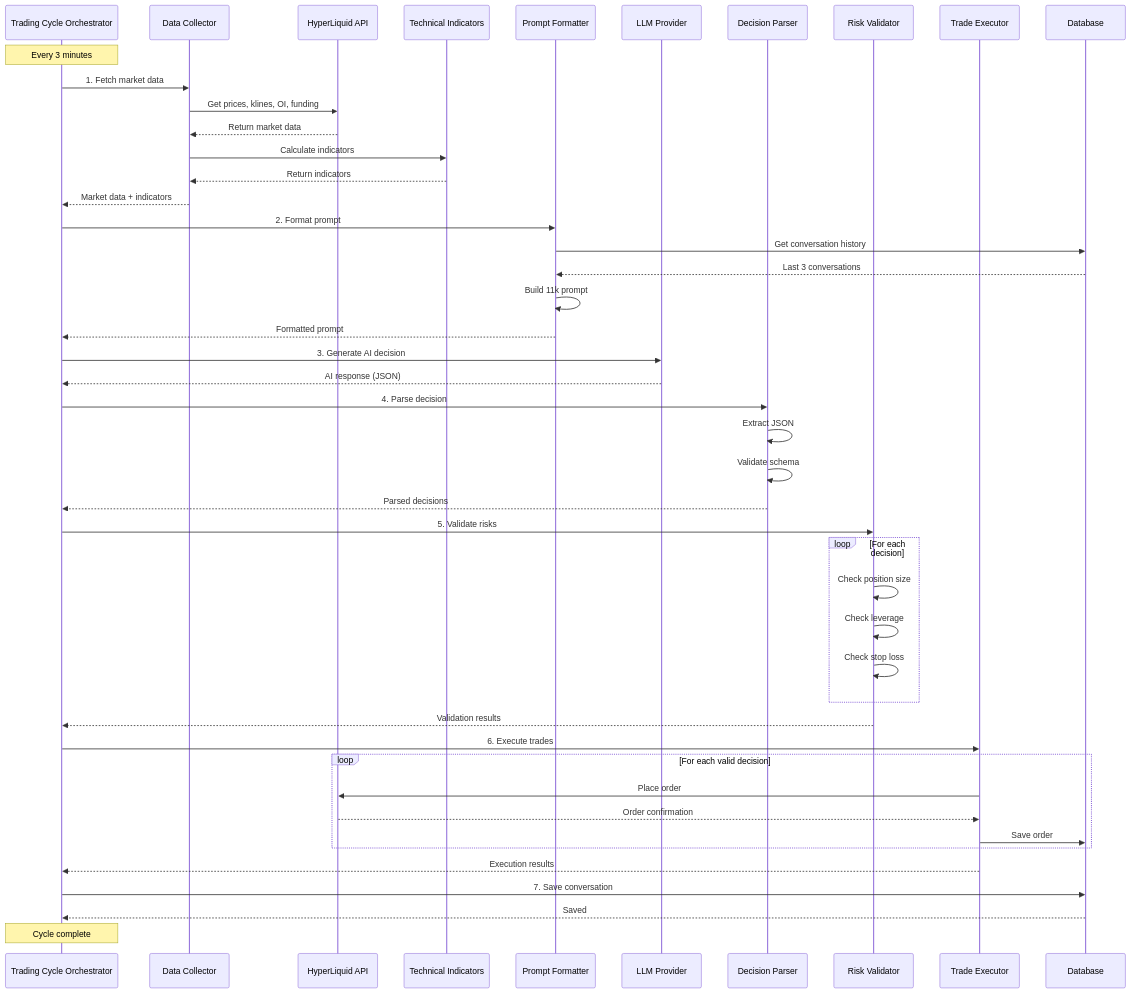
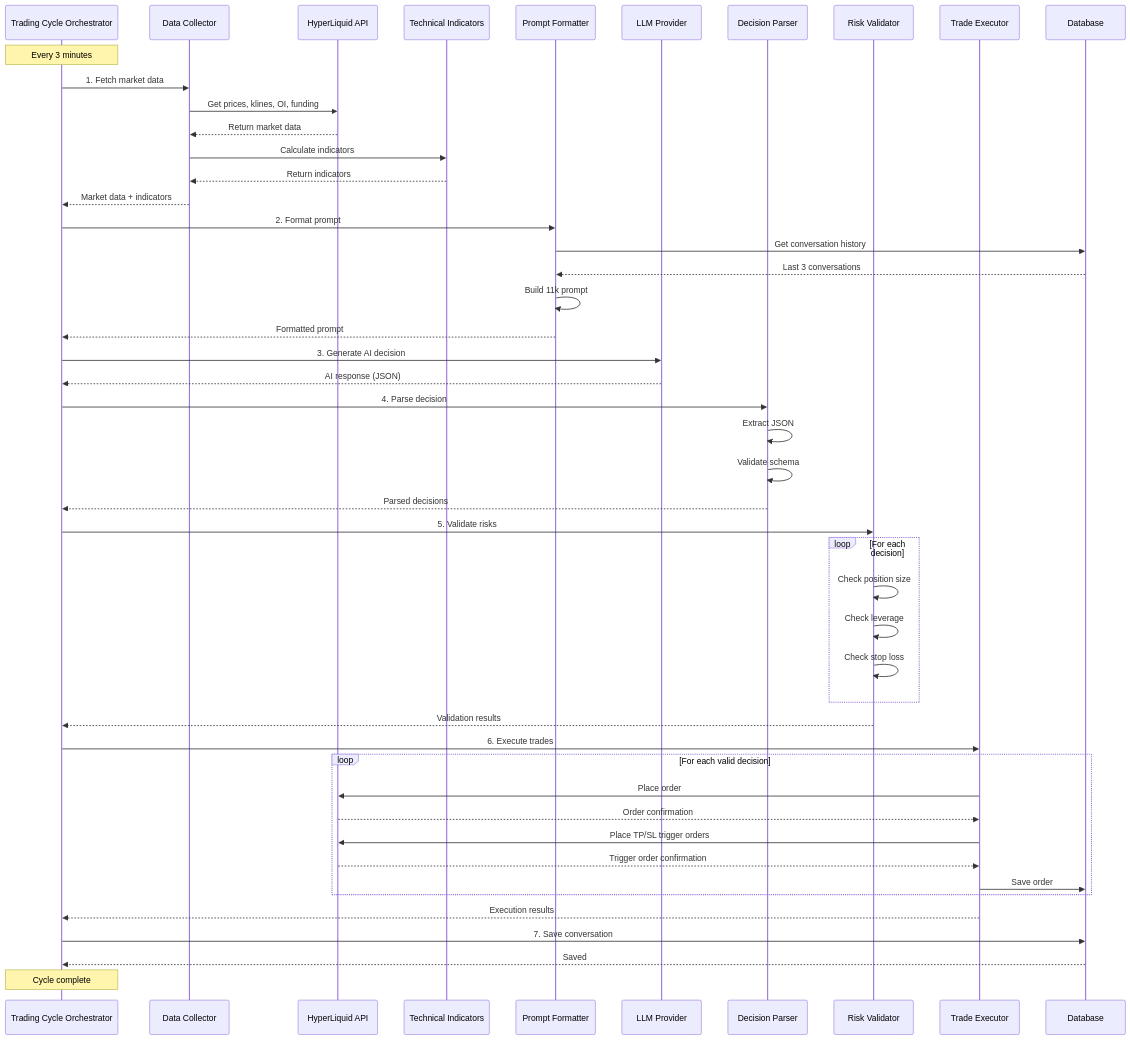
Before and after one commit to MiLLeRRain/hyper-demo: the first of 8 diagrams in docs/02_architecture/data_flow.md, drawn with Mermaid. The commit also changed other lines of this file and 39 other files, not shown here.

````diff
--- a/docs/02_architecture/data_flow.md
+++ b/docs/02_architecture/data_flow.md
@@ -9,57 +9,59 @@
 ```mermaid
 sequenceDiagram
     participant TC as Trading Cycle Orchestrator
     participant DC as Data Collector
     participant HL as HyperLiquid API
     participant TI as Technical Indicators
     participant PF as Prompt Formatter
     participant LLM as LLM Provider
     participant DP as Decision Parser
     participant RV as Risk Validator
     participant TE as Trade Executor
     participant DB as Database
 
     Note over TC: Every 3 minutes
 
     TC->>DC: 1. Fetch market data
     DC->>HL: Get prices, klines, OI, funding
     HL-->>DC: Return market data
     DC->>TI: Calculate indicators
     TI-->>DC: Return indicators
     DC-->>TC: Market data + indicators
 
     TC->>PF: 2. Format prompt
     PF->>DB: Get conversation history
     DB-->>PF: Last 3 conversations
     PF->>PF: Build 11k prompt
     PF-->>TC: Formatted prompt
 
     TC->>LLM: 3. Generate AI decision
     LLM-->>TC: AI response (JSON)
 
     TC->>DP: 4. Parse decision
     DP->>DP: Extract JSON
     DP->>DP: Validate schema
     DP-->>TC: Parsed decisions
 
     TC->>RV: 5. Validate risks
     loop For each decision
         RV->>RV: Check position size
         RV->>RV: Check leverage
         RV->>RV: Check stop loss
     end
     RV-->>TC: Validation results
 
     TC->>TE: 6. Execute trades
     loop For each valid decision
         TE->>HL: Place order
         HL-->>TE: Order confirmation
+        TE->>HL: Place TP/SL trigger orders
+        HL-->>TE: Trigger order confirmation
         TE->>DB: Save order
     end
     TE-->>TC: Execution results
 
     TC->>DB: 7. Save conversation
     DB-->>TC: Saved
 
     Note over TC: Cycle complete
 ```
````
